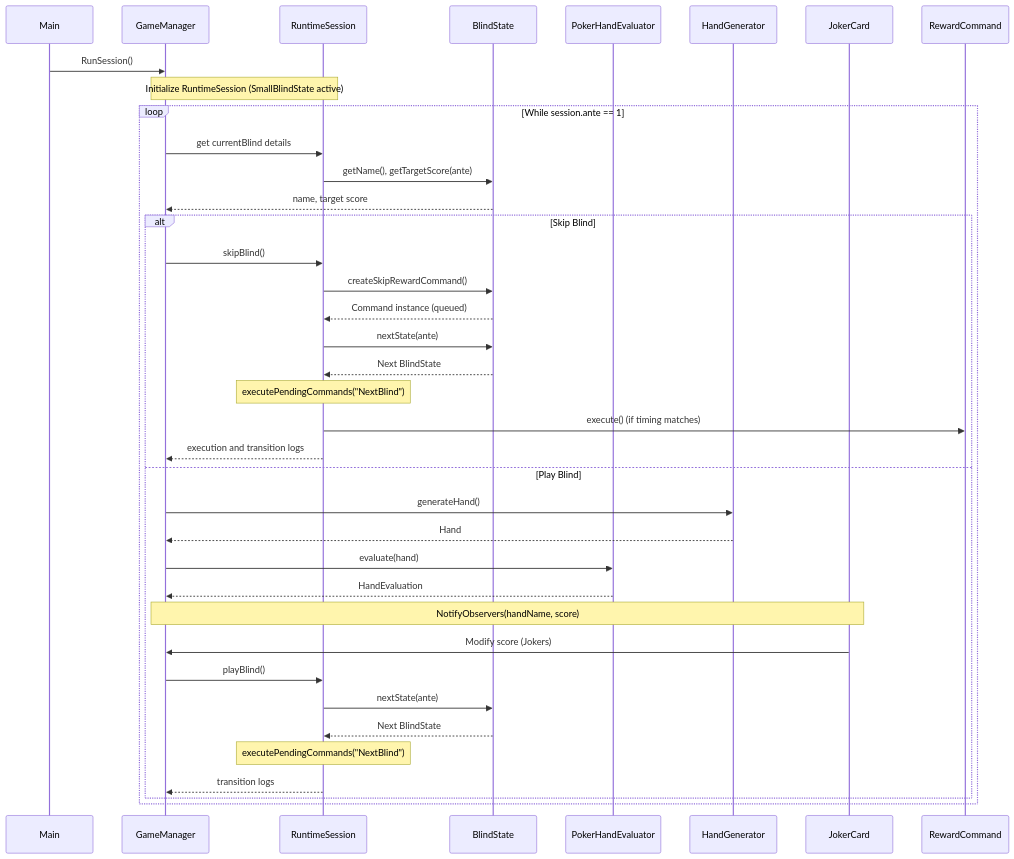
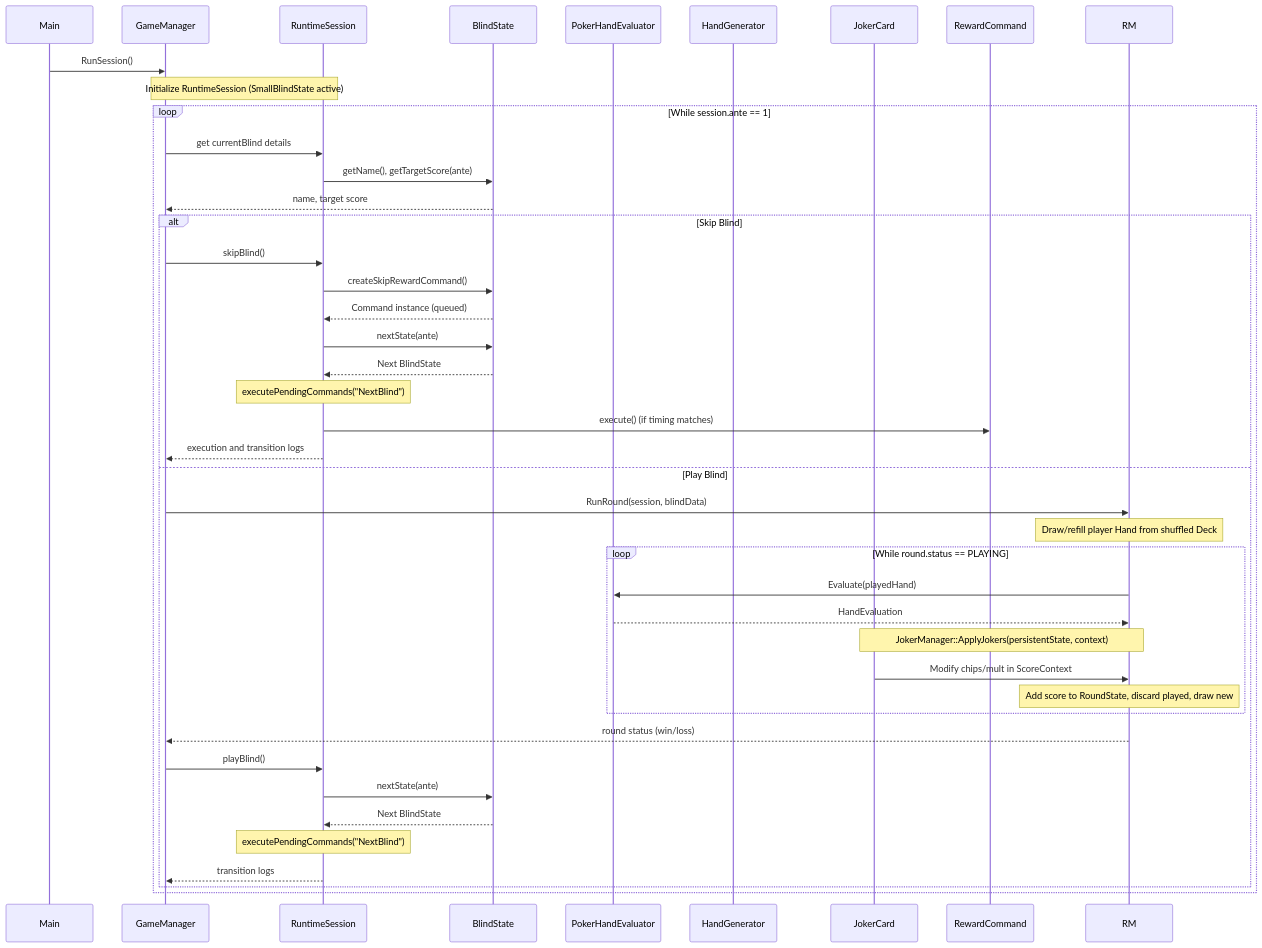
Before and after one commit to Amrhea/Kel.DesignPattern: the diagram in docs/sequence-diagram.md, drawn with Mermaid. The commit also changed other lines of this file and 5 other files, not shown here.

Commit message:
Update documentation and changelog to reflect new state separation, round manager, and test suites

````diff
--- a/docs/sequence-diagram.md
+++ b/docs/sequence-diagram.md
@@ -8,43 +8,47 @@
 ```mermaid
 sequenceDiagram
     participant Main
     participant GM as GameManager
     participant Session as RuntimeSession
     participant Blind as BlindState
     participant PHE as PokerHandEvaluator
     participant HG as HandGenerator
     participant Joker as JokerCard
     participant Cmd as RewardCommand
 
     Main->>GM: RunSession()
     Note over GM,Session: Initialize RuntimeSession (SmallBlindState active)
 
     loop While session.ante == 1
         GM->>Session: get currentBlind details
         Session->>Blind: getName(), getTargetScore(ante)
         Blind-->>GM: name, target score
 
         alt Skip Blind
             GM->>Session: skipBlind()
             Session->>Blind: createSkipRewardCommand()
             Blind-->>Session: Command instance (queued)
             Session->>Blind: nextState(ante)
             Blind-->>Session: Next BlindState
             Note over Session: executePendingCommands("NextBlind")
             Session->>Cmd: execute() (if timing matches)
             Session-->>GM: execution and transition logs
         else Play Blind
-            GM->>HG: generateHand()
-            HG-->>GM: Hand
-            GM->>PHE: evaluate(hand)
-            PHE-->>GM: HandEvaluation
-            Note over GM,Joker: NotifyObservers(handName, score)
-            Joker->>GM: Modify score (Jokers)
+            GM->>RM: RunRound(session, blindData)
+            Note over RM: Draw/refill player Hand from shuffled Deck
+            loop While round.status == PLAYING
+                RM->>PHE: Evaluate(playedHand)
+                PHE-->>RM: HandEvaluation
+                Note over RM,Joker: JokerManager::ApplyJokers(persistentState, context)
+                Joker->>RM: Modify chips/mult in ScoreContext
+                Note over RM: Add score to RoundState, discard played, draw new
+            end
+            RM-->>GM: round status (win/loss)
             GM->>Session: playBlind()
             Session->>Blind: nextState(ante)
             Blind-->>Session: Next BlindState
             Note over Session: executePendingCommands("NextBlind")
             Session-->>GM: transition logs
         end
     end
 ```
````
